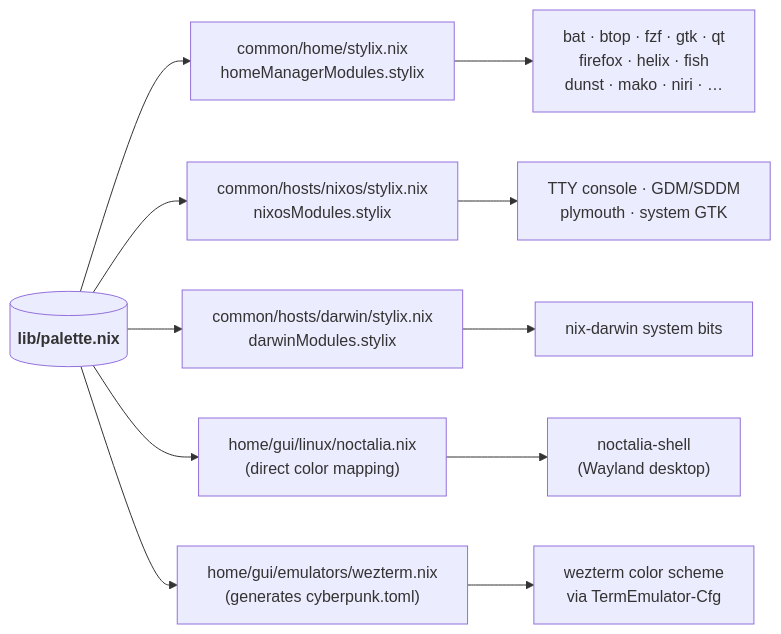
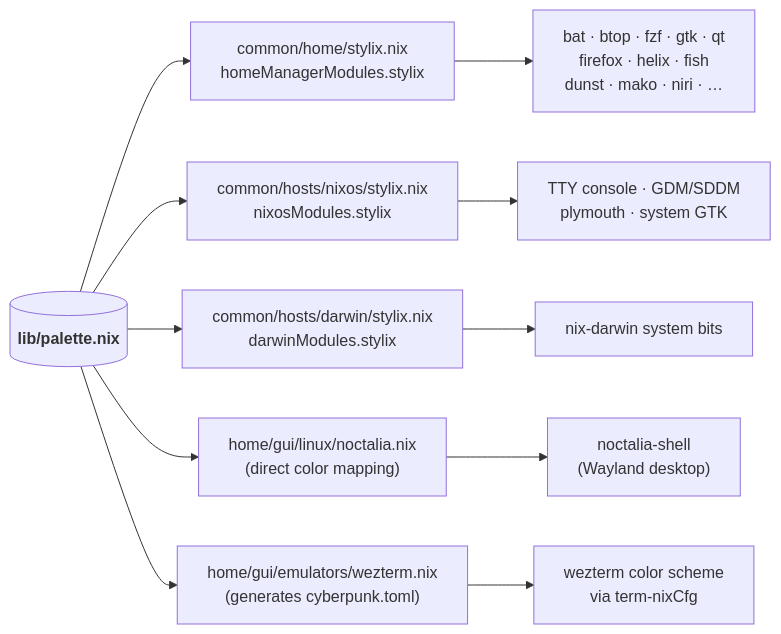
One commit to DivitMittal/OS-nixCfg changed the diagram in lib/README.md. Above: the diagram before and after it, drawn with Mermaid. The commit also changed other lines of this file and 4 other files, not shown here.

Commit message:
refactor(inputs): rename TermEmulator-Cfg input to term-nixCfg

````diff
--- a/lib/README.md
+++ b/lib/README.md
@@ -42,16 +42,16 @@
 ```mermaid
 flowchart LR
   palette[("<b>lib/palette.nix</b>")]
 
   palette --> sH["common/home/stylix.nix<br/>homeManagerModules.stylix"]
   palette --> sN["common/hosts/nixos/stylix.nix<br/>nixosModules.stylix"]
   palette --> sD["common/hosts/darwin/stylix.nix<br/>darwinModules.stylix"]
   palette --> noc["home/gui/linux/noctalia.nix<br/>(direct color mapping)"]
   palette --> wez["home/gui/emulators/wezterm.nix<br/>(generates cyberpunk.toml)"]
 
   sH --> tH["bat · btop · fzf · gtk · qt<br/>firefox · helix · fish<br/>dunst · mako · niri · …"]
   sN --> tN["TTY console · GDM/SDDM<br/>plymouth · system GTK"]
   sD --> tD["nix-darwin system bits"]
   noc --> tNoc["noctalia-shell<br/>(Wayland desktop)"]
-  wez --> tWez["wezterm color scheme<br/>via TermEmulator-Cfg"]
+  wez --> tWez["wezterm color scheme<br/>via term-nixCfg"]
 ```
````
